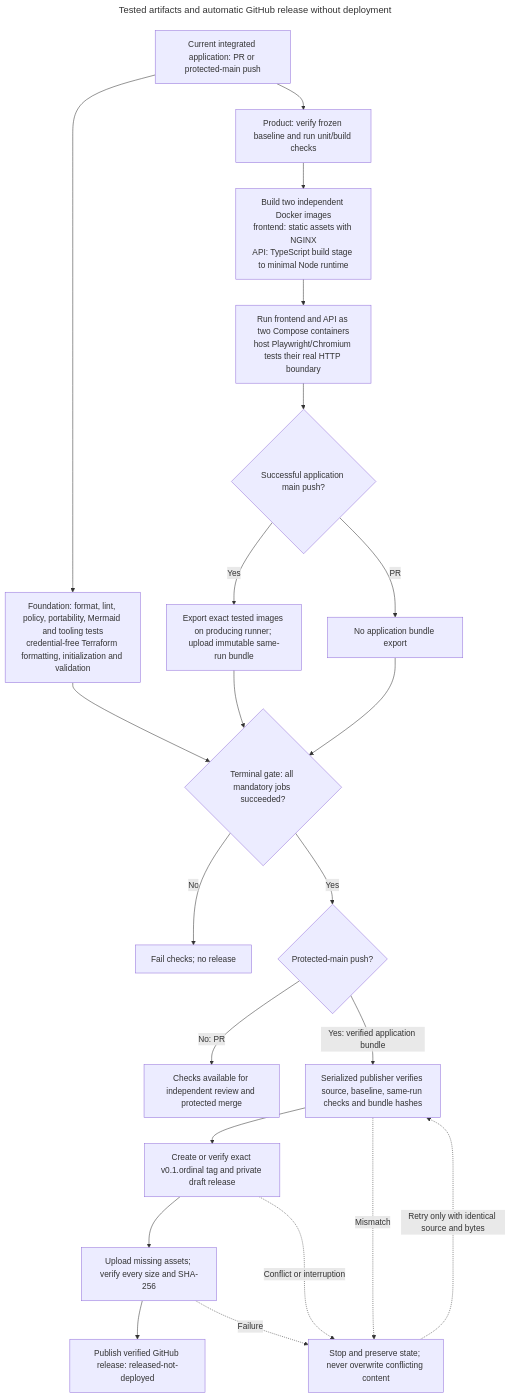
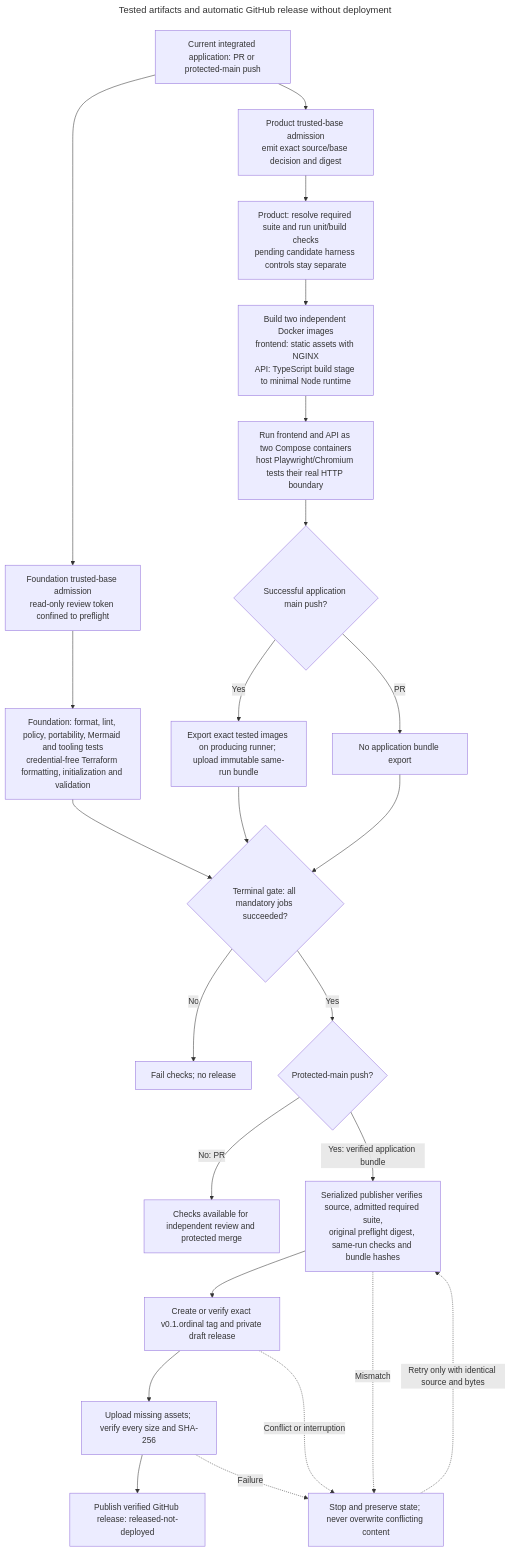
The diagram in docs/architecture/diagrams/release.mmd (brobro10000/mp3-frame-counter), drawn with Mermaid before and after one commit. The commit also changed 40 other files, not shown here.

```diff
--- a/docs/architecture/diagrams/release.mmd
+++ b/docs/architecture/diagrams/release.mmd
@@ -1,50 +1,57 @@
 ---
 title: Tested artifacts and automatic GitHub release without deployment
 query: >-
   Show the implemented CI and release-only flow. Distinguish PR validation from
   protected-main publication, parallel foundation/product checks from the
   terminal control-plane gate, and the same-run exact tested image export from
   publication. Include frozen baseline verification, complete acceptance,
   immutable artifact/provenance checks, version/tag identity, draft asset
   verification and safe identical retries. Do not add deployment, registry push,
   provider provisioning or production approval; those are absent from the
   current release implementation. For the current integrated application, show
   independent Docker image builds, the two running Compose containers and host
   acceptance processes, then export of those exact tested images. Images and
   archives are artifacts, not extra running services. Earlier source-only phases
-  have a separate foundation-delivery path outside this view.
-  Foundation includes credential-free Terraform formatting, initialization and
-  validation; keep these checks inside its mandatory gate, with no cloud apply.
+  have a separate foundation-delivery path outside this view. Both validation
+  jobs perform trusted-base acceptance admission before head-owned commands.
+  Candidate harness checks remain separate from required product E2E; carry the
+  preflight digest through the original same-run release bundle. Foundation
+  includes credential-free Terraform formatting, initialization and validation;
+  keep these checks inside its mandatory gate, with no cloud apply.
 references:
   - 'File: /.github/workflows/ci.yml'
   - 'File: /scripts/run-ci-phase.mjs'
+  - 'File: /scripts/acceptance-preflight.mjs'
+  - 'File: /scripts/acceptance-runtime.mjs'
   - 'File: /scripts/ci-gate.mjs'
   - 'File: /scripts/publish-release-bundle.mjs'
   - 'File: /scripts/prepare-release.mjs'
   - 'File: /scripts/publish-release.mjs'
   - 'File: /scripts/publish-release-evidence.mjs'
   - 'File: /scripts/release-manifest.mjs'
-generationTime: '2026-10-10T06:55:37.214Z'
+generationTime: '2026-10-10T07:58:36.830Z'
 ---
 flowchart TD
-    EVENT["Current integrated application: PR or protected-main push"] --> F["Foundation: format, lint, policy, portability, Mermaid and tooling tests<br/>credential-free Terraform formatting, initialization and validation"]
-    EVENT --> P["Product: verify frozen baseline and run unit/build checks"]
+    EVENT["Current integrated application: PR or protected-main push"] --> PREF["Foundation trusted-base admission<br/>read-only review token confined to preflight"]
+    PREF --> F["Foundation: format, lint, policy, portability, Mermaid and tooling tests<br/>credential-free Terraform formatting, initialization and validation"]
+    EVENT --> PREP["Product trusted-base admission<br/>emit exact source/base decision and digest"]
+    PREP --> P["Product: resolve required suite and run unit/build checks<br/>pending candidate harness controls stay separate"]
     P --> BUILD["Build two independent Docker images<br/>frontend: static assets with NGINX<br/>API: TypeScript build stage to minimal Node runtime"]
     BUILD --> TEST["Run frontend and API as two Compose containers<br/>host Playwright/Chromium tests their real HTTP boundary"]
     TEST --> KIND{"Successful application main push?"}
     KIND -->|"Yes"| B["Export exact tested images on producing runner; upload immutable same-run bundle"]
     KIND -->|"PR"| RESULT["No application bundle export"]
     F --> G{"Terminal gate: all mandatory jobs succeeded?"}
     B --> G
     RESULT --> G
     G -->|"No"| STOP["Fail checks; no release"]
     G -->|"Yes"| MAIN{"Protected-main push?"}
     MAIN -->|"No: PR"| REVIEW["Checks available for independent review and protected merge"]
-    MAIN -->|"Yes: verified application bundle"| VERIFY["Serialized publisher verifies source, baseline, same-run checks and bundle hashes"]
+    MAIN -->|"Yes: verified application bundle"| VERIFY["Serialized publisher verifies source, admitted required suite,<br/>original preflight digest, same-run checks and bundle hashes"]
     VERIFY --> DRAFT["Create or verify exact v0.1.ordinal tag and private draft release"]
     DRAFT --> ASSETS["Upload missing assets; verify every size and SHA-256"]
     ASSETS --> RELEASE["Publish verified GitHub release: released-not-deployed"]
     VERIFY -.->|"Mismatch"| FAIL["Stop and preserve state; never overwrite conflicting content"]
     DRAFT -.->|"Conflict or interruption"| FAIL
     ASSETS -.->|"Failure"| FAIL
     FAIL -.->|"Retry only with identical source and bytes"| VERIFY
```
